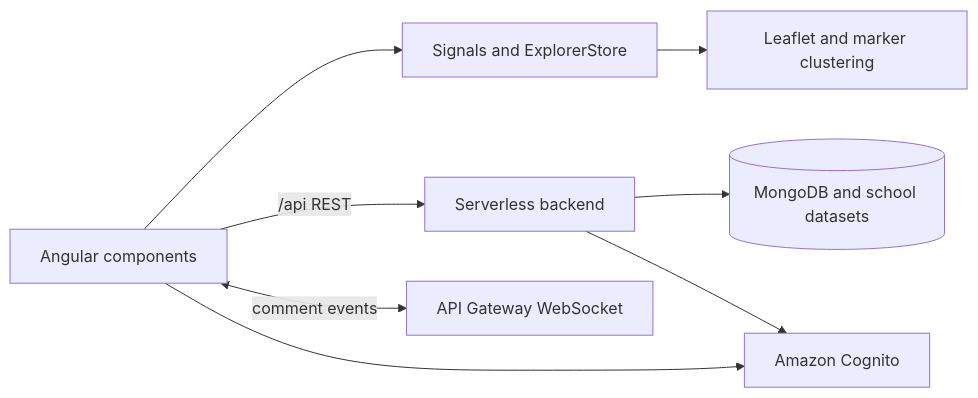
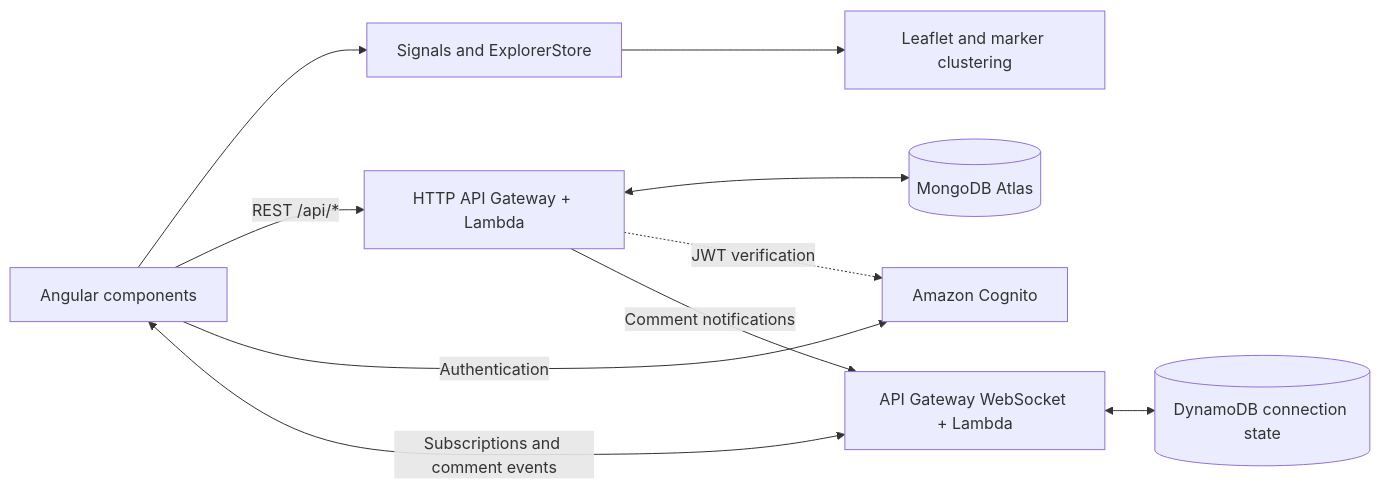
Before and after one commit to henryko67/K12Info: the diagram in README.md, drawn with Mermaid.

Commit message:
Updates flowchart in README

````diff
--- a/README.md
+++ b/README.md
@@ -35,10 +35,16 @@
 ```mermaid
 flowchart LR
   UI[Angular components] --> Store[Signals and ExplorerStore]
   Store --> Map[Leaflet and marker clustering]
-  UI -->|/api REST| API[Serverless backend]
-  UI <-->|comment events| WS[API Gateway WebSocket]
-  API --> Data[(MongoDB and school datasets)]
-  UI --> Cognito[Amazon Cognito]
-  API --> Cognito
-```
+
+  UI -->|REST /api/*| API[HTTP API Gateway + Lambda]
+  API <--> Mongo[(MongoDB Atlas)]
+
+  UI -->|Authentication| Cognito[Amazon Cognito]
+  API -.->|JWT verification| Cognito
+
+  UI <-->|Subscriptions and comment events| Realtime[API Gateway WebSocket + Lambda]
+  Realtime <--> WSState[(DynamoDB connection state)]
+
+  API -->|Comment notifications| Realtime
+  ```
````
